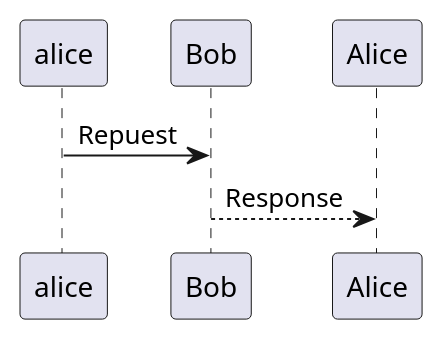
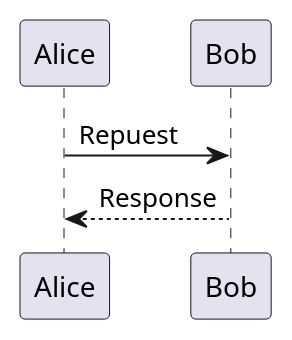
One commit to Aso2101121/2021sys-design-2 changed the diagram in renshu/test.md. Above: the diagram before and after it, drawn with PlantUML.

````diff
--- a/renshu/test.md
+++ b/renshu/test.md
@@ -1,7 +1,7 @@
 ```uml
 @startuml
-alice -> Bob: Repuest
+Alice -> Bob: Repuest
 Bob --> Alice: Response
 
 @enduml
 ```
````
